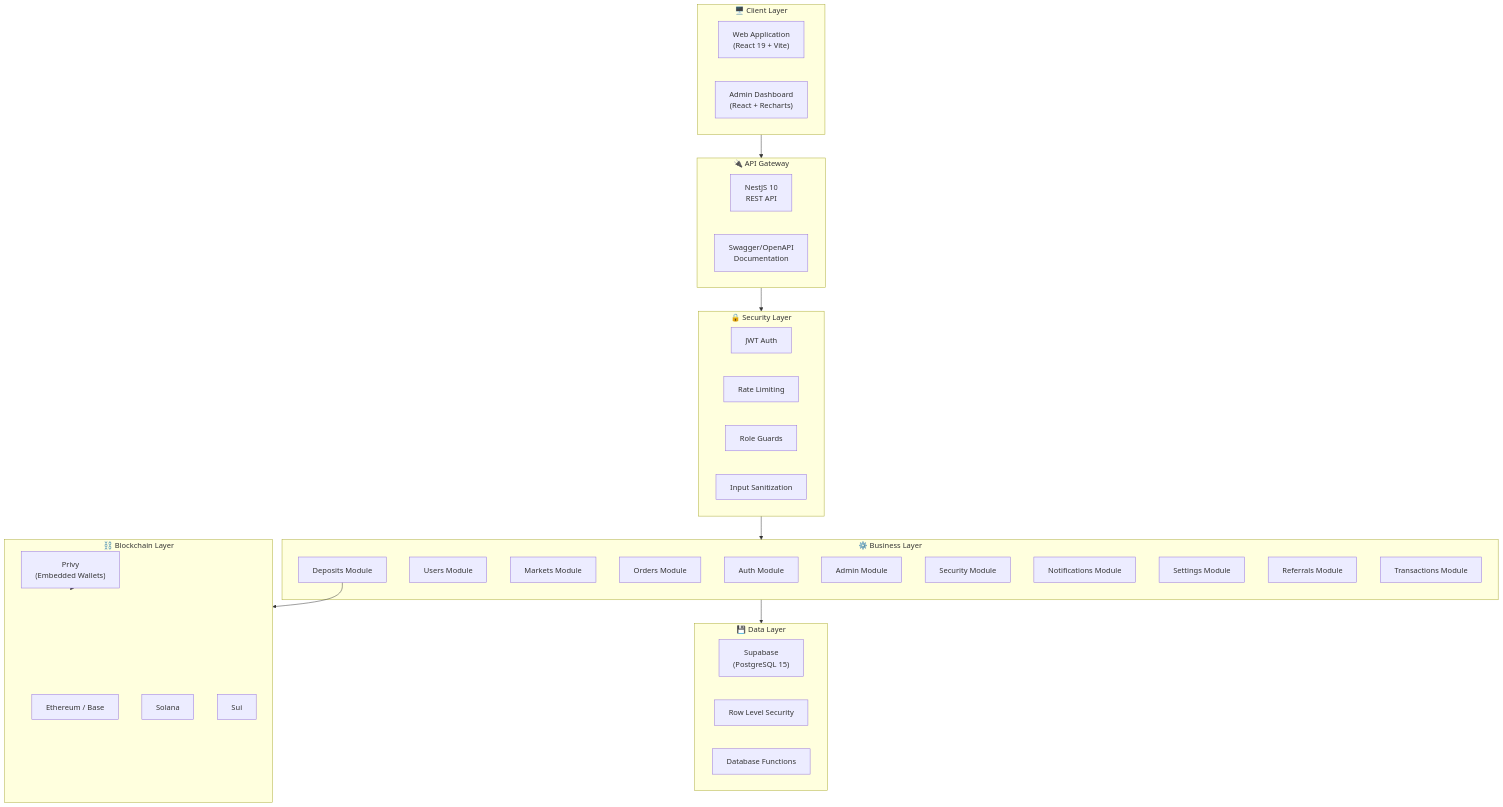
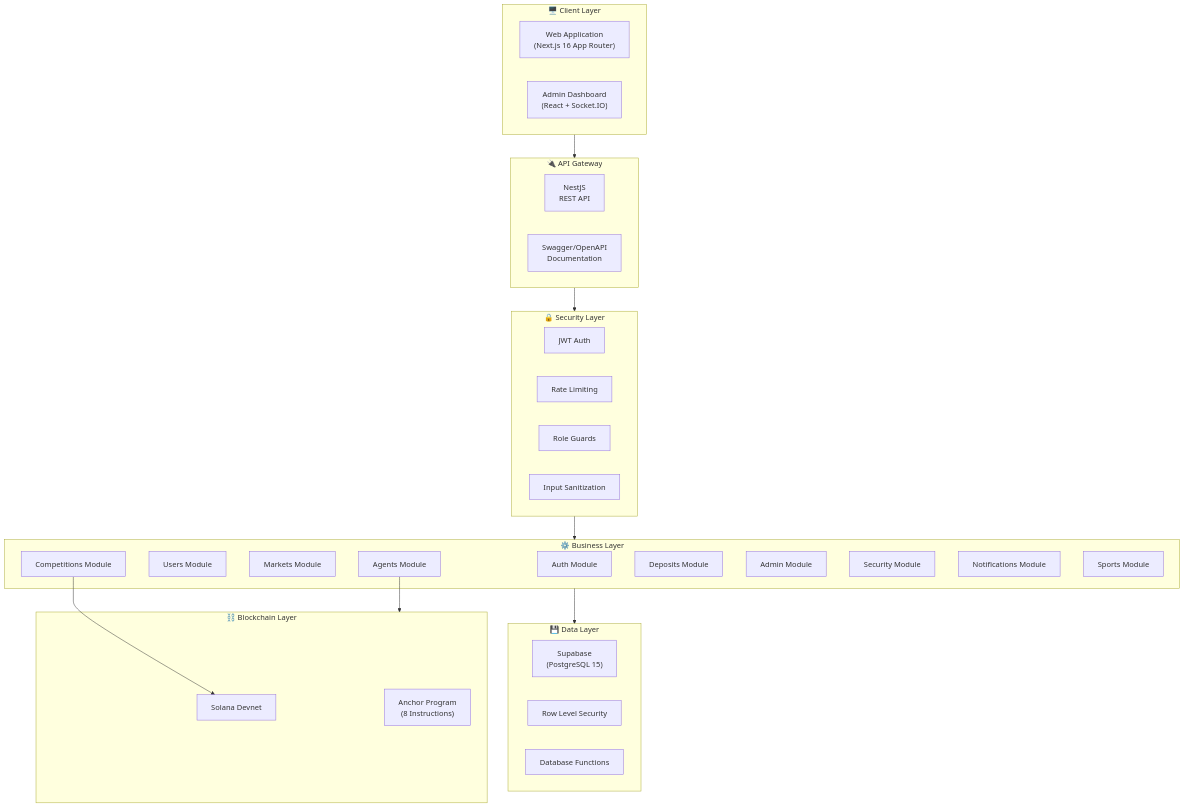
The first of 6 diagrams in documentation/Doc.md (siabang35/anchor-solana), drawn with Mermaid before and after one commit. The commit also changed other lines of this file and 6 other files, not shown here.

````diff
--- a/documentation/Doc.md
+++ b/documentation/Doc.md
@@ -69,53 +70,50 @@
 ```mermaid
 flowchart TB
     subgraph ClientLayer["🖥️ Client Layer"]
-        WebApp["Web Application<br/>(React 19 + Vite)"]
-        AdminUI["Admin Dashboard<br/>(React + Recharts)"]
+        WebApp["Web Application<br/>(Next.js 16 App Router)"]
+        AdminUI["Admin Dashboard<br/>(React + Socket.IO)"]
     end
 
     subgraph APIGateway["🔌 API Gateway"]
-        NestJS["NestJS 10<br/>REST API"]
+        NestJS["NestJS<br/>REST API"]
         Swagger["Swagger/OpenAPI<br/>Documentation"]
     end
 
     subgraph SecurityLayer["🔒 Security Layer"]
         JWT["JWT Auth"]
         RateLimit["Rate Limiting"]
         Guards["Role Guards"]
         Sanitizer["Input Sanitization"]
     end
 
     subgraph BusinessLayer["⚙️ Business Layer"]
         AuthMod["Auth Module"]
         UserMod["Users Module"]
         MarketMod["Markets Module"]
-        OrderMod["Orders Module"]
+        AgentMod["Agents Module"]
+        CompMod["Competitions Module"]
         DepositMod["Deposits Module"]
         AdminMod["Admin Module"]
         SecMod["Security Module"]
         NotifMod["Notifications Module"]
-        SetMod["Settings Module"]
-        RefMod["Referrals Module"]
-        TxMod["Transactions Module"]
+        SportsMod["Sports Module"]
     end
 
     subgraph DataLayer["💾 Data Layer"]
         Supabase["Supabase<br/>(PostgreSQL 15)"]
         RLS["Row Level Security"]
         Functions["Database Functions"]
     end
 
     subgraph BlockchainLayer["⛓️ Blockchain Layer"]
-        Privy["Privy<br/>(Embedded Wallets)"]
-        EVM["Ethereum / Base"]
-        Solana["Solana"]
-        Sui["Sui"]
+        Solana["Solana Devnet"]
+        Anchor["Anchor Program<br/>(8 Instructions)"]
     end
 
     ClientLayer --> APIGateway
     APIGateway --> SecurityLayer
     SecurityLayer --> BusinessLayer
     BusinessLayer --> DataLayer
-    DepositMod --> BlockchainLayer
-    Privy --> BlockchainLayer
+    AgentMod --> BlockchainLayer
+    CompMod --> Solana
 ```
````
